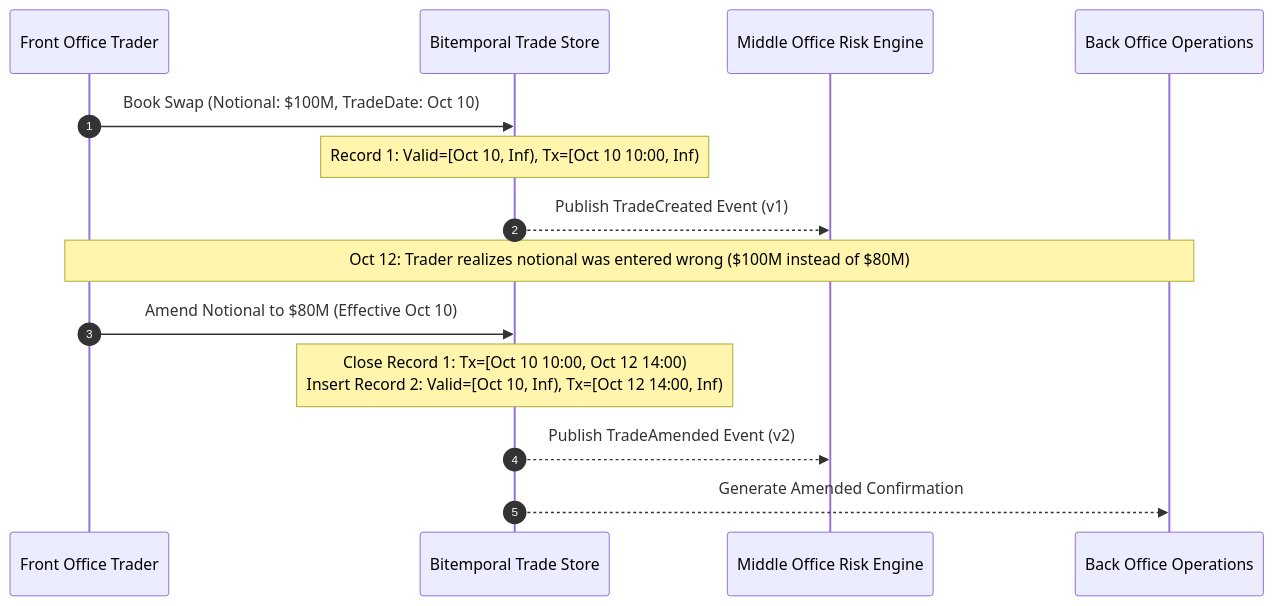
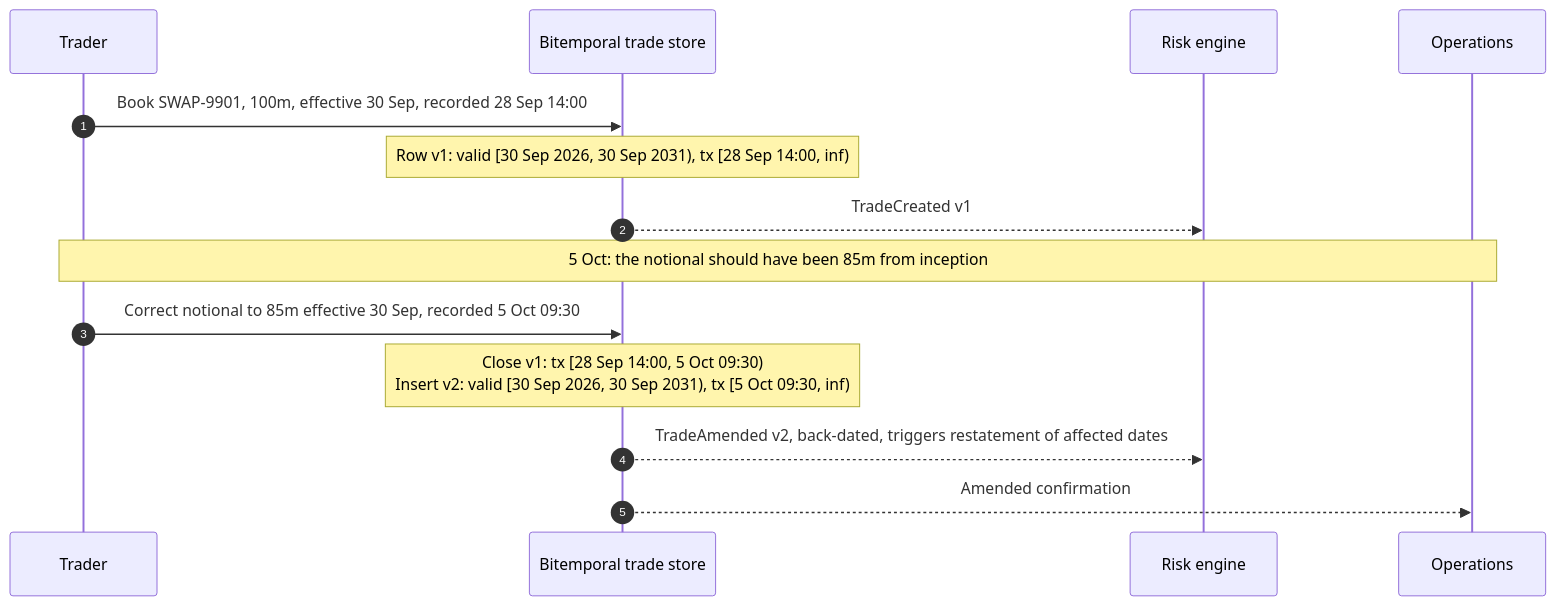
Before and after one commit to shreejitverma/The-Quant-Prep: the fourth of 4 diagrams in 18-Pricing-and-Risk-Systems/02-Trade-Representation-and-Lifecycle.md, drawn with Mermaid. The commit also changed other lines of this file and 12 other files, not shown here.

````diff
--- a/18-Pricing-and-Risk-Systems/02-Trade-Representation-and-Lifecycle.md
+++ b/18-Pricing-and-Risk-Systems/02-Trade-Representation-and-Lifecycle.md
@@ -132,18 +173,16 @@
 ```mermaid
 sequenceDiagram
     autonumber
-    participant Trader as Front Office Trader
-    participant TradeStore as Bitemporal Trade Store
-    participant Risk as Middle Office Risk Engine
-    participant Ops as Back Office Operations
-
-    Trader->>TradeStore: Book Swap (Notional: $100M, TradeDate: Oct 10)
-    Note over TradeStore: Record 1: Valid=[Oct 10, Inf), Tx=[Oct 10 10:00, Inf)
-    TradeStore-->>Risk: Publish TradeCreated Event (v1)
-    
-    Note over Trader,Ops: Oct 12: Trader realizes notional was entered wrong ($100M instead of $80M)
-    Trader->>TradeStore: Amend Notional to $80M (Effective Oct 10)
-    Note over TradeStore: Close Record 1: Tx=[Oct 10 10:00, Oct 12 14:00)<br/>Insert Record 2: Valid=[Oct 10, Inf), Tx=[Oct 12 14:00, Inf)
-    TradeStore-->>Risk: Publish TradeAmended Event (v2)
-    TradeStore-->>Ops: Generate Amended Confirmation
+    participant FO as Trader
+    participant TS as Bitemporal trade store
+    participant RK as Risk engine
+    participant OP as Operations
+    FO->>TS: Book SWAP-9901, 100m, effective 30 Sep, recorded 28 Sep 14:00
+    Note over TS: Row v1: valid [30 Sep 2026, 30 Sep 2031), tx [28 Sep 14:00, inf)
+    TS-->>RK: TradeCreated v1
+    Note over FO,OP: 5 Oct: the notional should have been 85m from inception
+    FO->>TS: Correct notional to 85m effective 30 Sep, recorded 5 Oct 09:30
+    Note over TS: Close v1: tx [28 Sep 14:00, 5 Oct 09:30)<br/>Insert v2: valid [30 Sep 2026, 30 Sep 2031), tx [5 Oct 09:30, inf)
+    TS-->>RK: TradeAmended v2, back-dated, triggers restatement of affected dates
+    TS-->>OP: Amended confirmation
 ```
````
